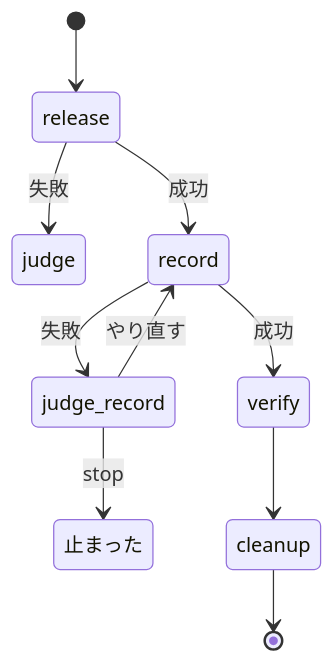
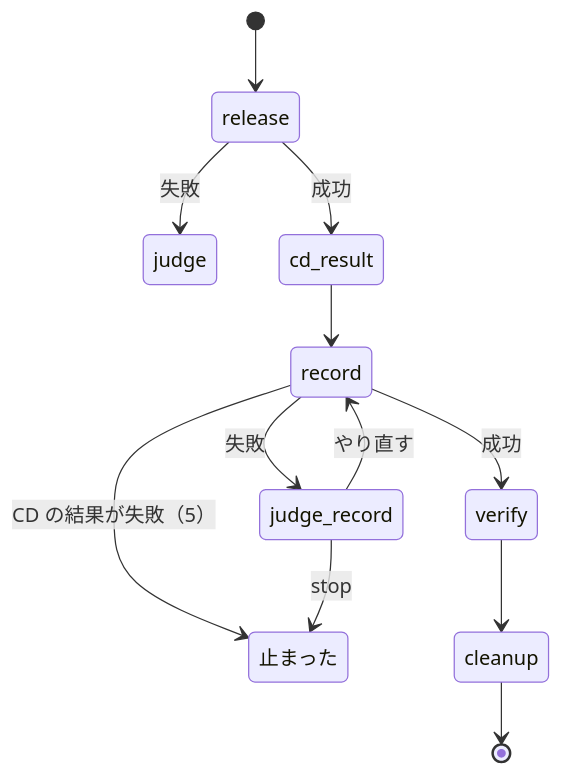
Before and after one commit to devbasex/ai-plugins: the first of 2 diagrams in docs/specifications/ndf-production-release-record.md, drawn with Mermaid. The commit also changed other lines of this file and 10 other files, not shown here.

````diff
--- a/docs/specifications/ndf-production-release-record.md
+++ b/docs/specifications/ndf-production-release-record.md
@@ -212,12 +212,14 @@
 ```mermaid
 stateDiagram-v2
   [*] --> release
   release --> judge: 失敗
-  release --> record: 成功
+  release --> cd_result: 成功
+  cd_result --> record
   record --> verify: 成功
+  record --> 止まった: CD の結果が失敗（5）
   record --> judge_record: 失敗
   judge_record --> record: やり直す
   judge_record --> 止まった: stop
   verify --> cleanup
   cleanup --> [*]
 ```
````
